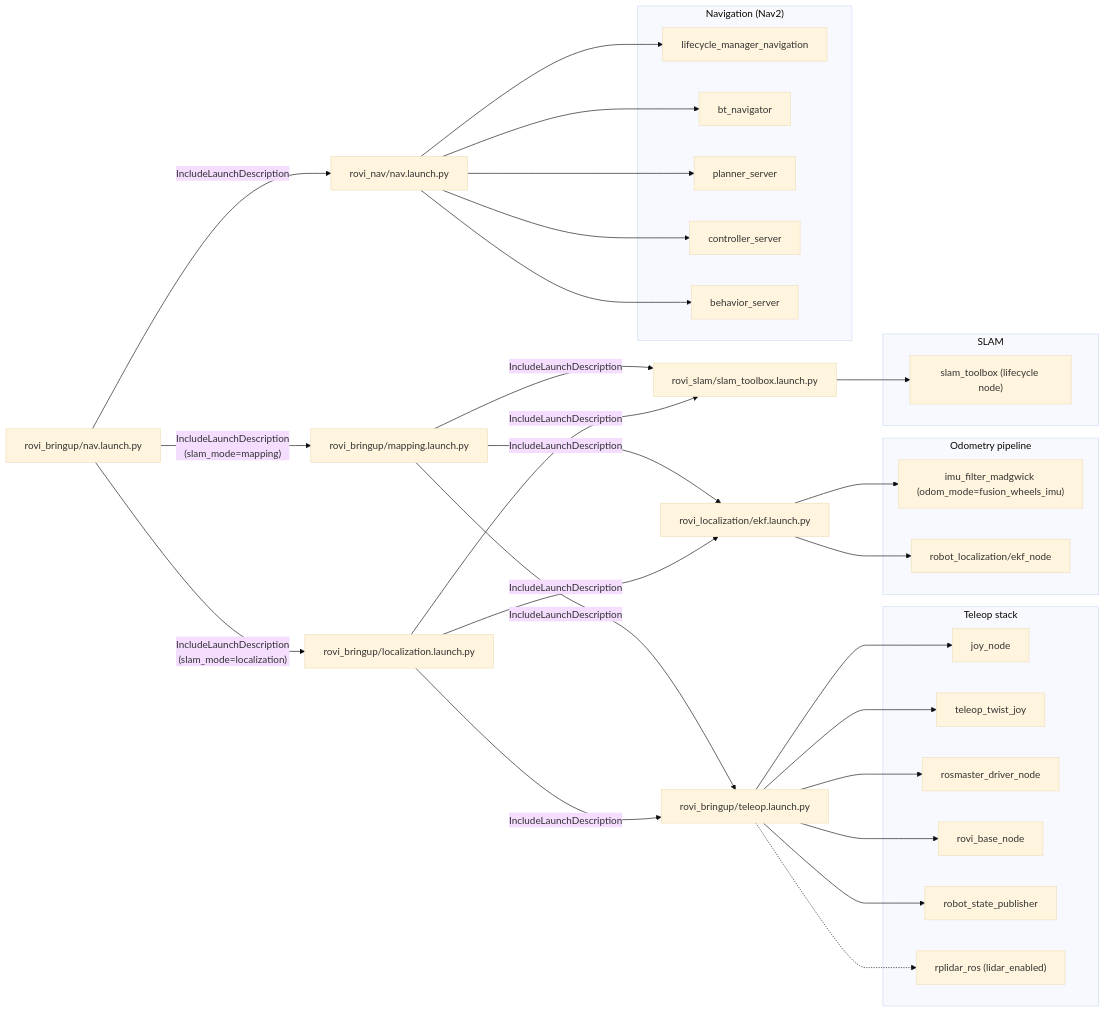
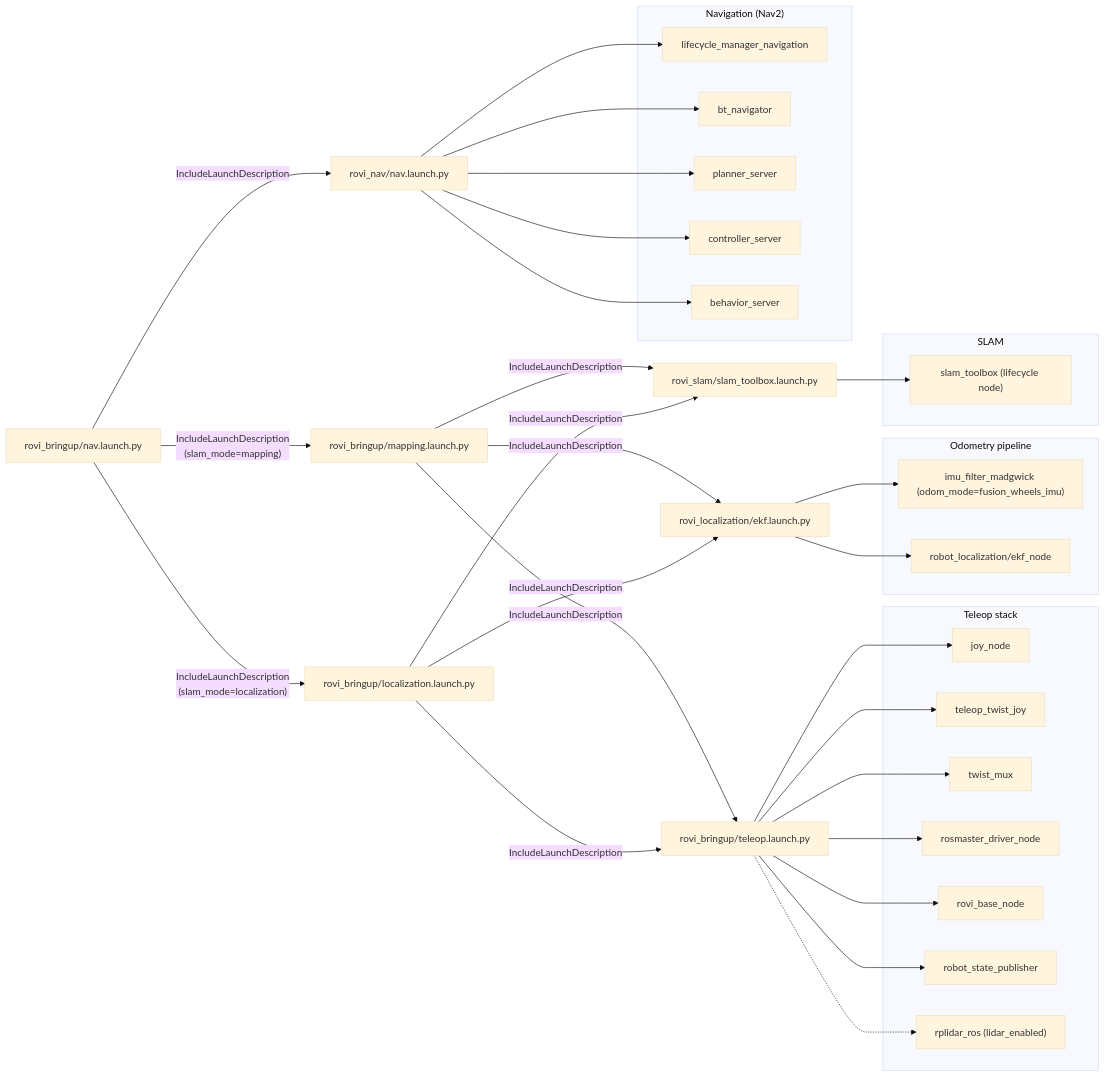
One commit to Roblibs/rovi_ros_ws changed the eighth of 9 diagrams in README.md. Above: the diagram before and after it, drawn with Mermaid (base theme). The commit also changed other lines of this file and 14 other files, not shown here.

````diff
--- a/README.md
+++ b/README.md
@@ -366,64 +367,66 @@
 ```mermaid
 flowchart LR
   Mapping["rovi_bringup/mapping.launch.py"]
   Localization["rovi_bringup/localization.launch.py"]
   NavLaunch["rovi_bringup/nav.launch.py"]
 
   TeleopLaunch["rovi_bringup/teleop.launch.py"]
   EkfLaunch["rovi_localization/ekf.launch.py"]
   SlamLaunch["rovi_slam/slam_toolbox.launch.py"]
   NavStackLaunch["rovi_nav/nav.launch.py"]
 
   Mapping -->|IncludeLaunchDescription| TeleopLaunch
   Mapping -->|IncludeLaunchDescription| EkfLaunch
   Mapping -->|IncludeLaunchDescription| SlamLaunch
 
   Localization -->|IncludeLaunchDescription| TeleopLaunch
   Localization -->|IncludeLaunchDescription| EkfLaunch
   Localization -->|IncludeLaunchDescription| SlamLaunch
 
   NavLaunch -->|"IncludeLaunchDescription<br/>(slam_mode=mapping)"| Mapping
   NavLaunch -->|"IncludeLaunchDescription<br/>(slam_mode=localization)"| Localization
   NavLaunch -->|IncludeLaunchDescription| NavStackLaunch
 
   subgraph TeleopStack[Teleop stack]
     Joy["joy_node"]
     TeleopTwist["teleop_twist_joy"]
+    TwistMux["twist_mux"]
     Rosmaster["rosmaster_driver_node"]
     RoviBase["rovi_base_node"]
     RSP["robot_state_publisher"]
     Rplidar["rplidar_ros (lidar_enabled)"]
   end
   TeleopLaunch --> Joy
   TeleopLaunch --> TeleopTwist
+  TeleopLaunch --> TwistMux
   TeleopLaunch --> Rosmaster
   TeleopLaunch --> RoviBase
   TeleopLaunch --> RSP
   TeleopLaunch -.-> Rplidar
 
   subgraph OdomStack[Odometry pipeline]
     ImuFilter["imu_filter_madgwick (odom_mode=fusion_wheels_imu)"]
     EkfNode["robot_localization/ekf_node"]
   end
   EkfLaunch --> ImuFilter
   EkfLaunch --> EkfNode
 
   subgraph SlamStack[SLAM]
     SlamTB["slam_toolbox (lifecycle node)"]
   end
   SlamLaunch --> SlamTB
 
   subgraph NavStack["Navigation (Nav2)"]
     NavLife["lifecycle_manager_navigation"]
     NavBT["bt_navigator"]
     NavPlanner["planner_server"]
     NavController["controller_server"]
     NavBehaviors["behavior_server"]
   end
   NavStackLaunch --> NavLife
   NavStackLaunch --> NavBT
   NavStackLaunch --> NavPlanner
   NavStackLaunch --> NavController
   NavStackLaunch --> NavBehaviors
 
 ```
````
